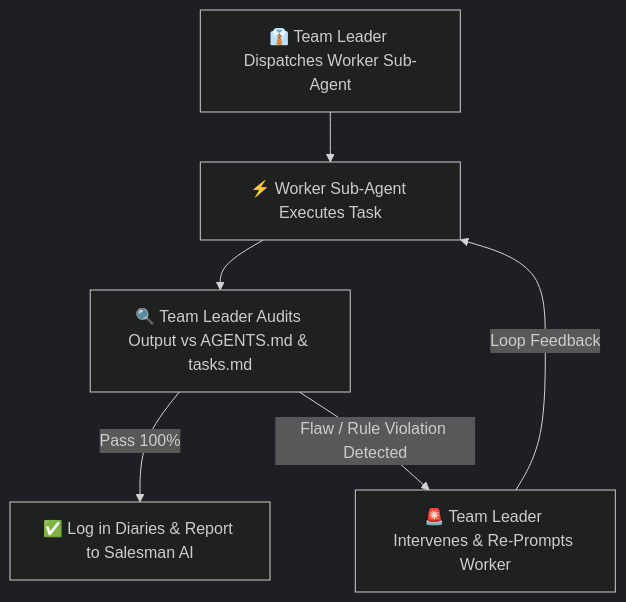
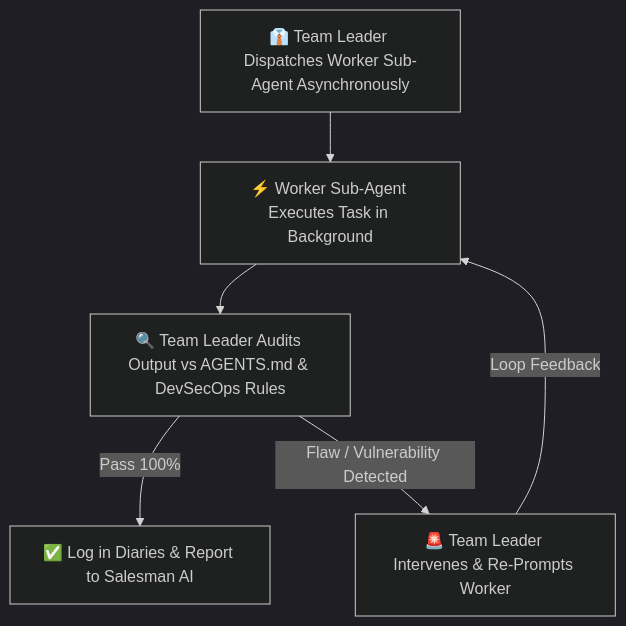
Before and after one commit to aipro831gith/skills_bundle_by_sujal: the diagram in skills/antigravity-team-leader/SKILL.md, drawn with Mermaid (dark theme). The commit also changed other lines of this file and 7 other files, not shown here.

Commit message:
Enterprise Upgrade 100/100: Add DevSecOps & Hardware Compliance Agents, Parameterized Query Enforcement, Scheduled Memory Pruning, and Async Team Leadership

````diff
--- a/skills/antigravity-team-leader/SKILL.md
+++ b/skills/antigravity-team-leader/SKILL.md
@@ -67,8 +52,8 @@
 ```mermaid
 flowchart TD
-    A["👔 Team Leader Dispatches Worker Sub-Agent"] --> B["⚡ Worker Sub-Agent Executes Task"]
-    B --> C["🔍 Team Leader Audits Output vs AGENTS.md & tasks.md"]
+    A["👔 Team Leader Dispatches Worker Sub-Agent Asynchronously"] --> B["⚡ Worker Sub-Agent Executes Task in Background"]
+    B --> C["🔍 Team Leader Audits Output vs AGENTS.md & DevSecOps Rules"]
     C -->|Pass 100%| D["✅ Log in Diaries & Report to Salesman AI"]
-    C -->|Flaw / Rule Violation Detected| E["🚨 Team Leader Intervenes & Re-Prompts Worker"]
+    C -->|Flaw / Vulnerability Detected| E["🚨 Team Leader Intervenes & Re-Prompts Worker"]
     E -->|Loop Feedback| B
 ```
````
